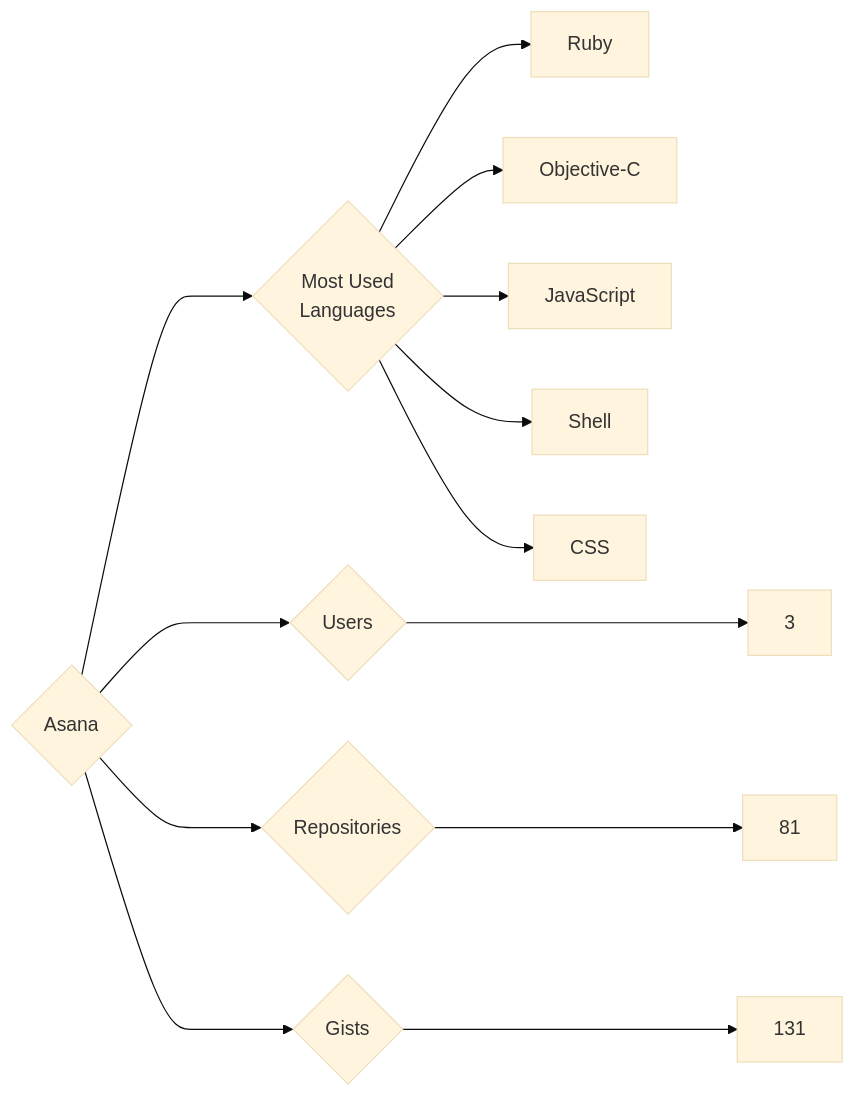
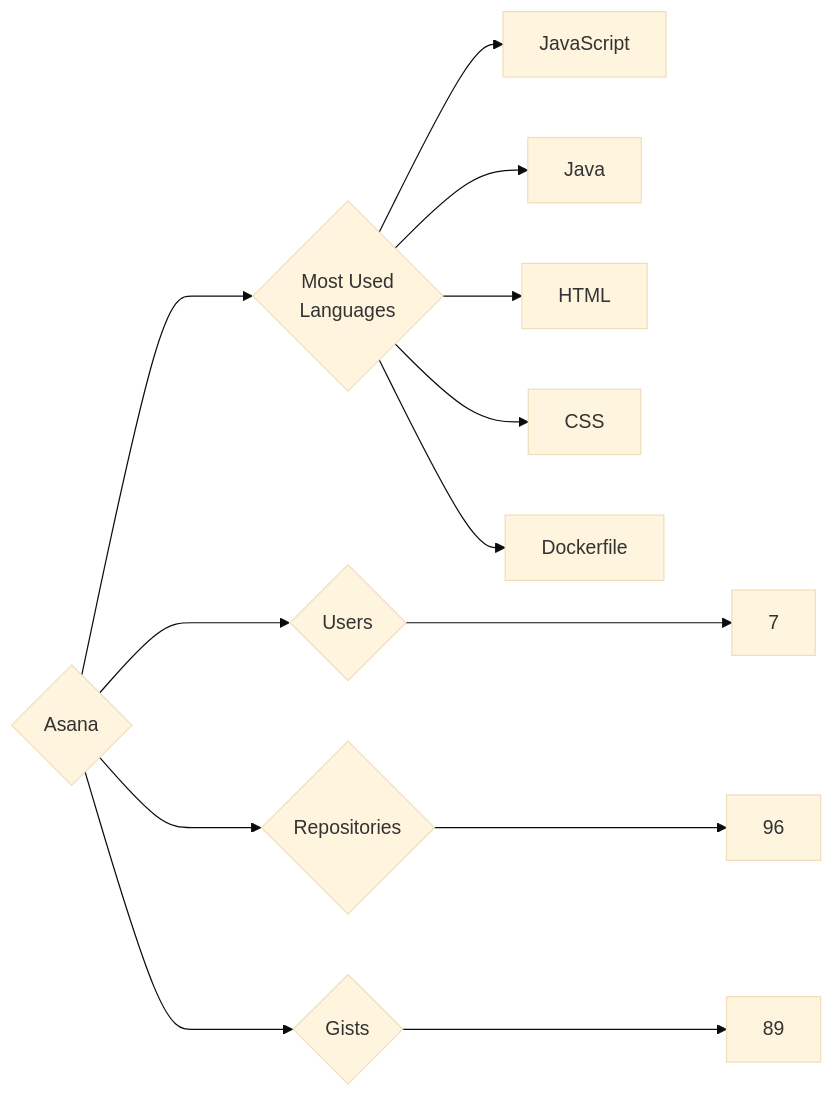
Before and after one commit to trickest/insiders: the diagram in targets/Asana/README.md, drawn with Mermaid (base theme). The commit also changed 1078 other files, not shown here.

````diff
--- a/targets/Asana/README.md
+++ b/targets/Asana/README.md
@@ -3,13 +3,13 @@
 ```mermaid
 graph LR
 COMPANY_NAME{Asana}
-COMPANY_NAME ---> U{Users} ---> UN[3]
-COMPANY_NAME ---> R{Repositories} ---> RN[81]
-COMPANY_NAME ---> G{Gists} ---> GN[131]
+COMPANY_NAME ---> U{Users} ---> UN[7]
+COMPANY_NAME ---> R{Repositories} ---> RN[96]
+COMPANY_NAME ---> G{Gists} ---> GN[89]
 COMPANY_NAME ---> ML{Most Used<br>Languages}
-ML --> Ruby[Ruby]
-ML --> Objective-C[Objective-C]
 ML --> JavaScript[JavaScript]
-ML --> Shell[Shell]
+ML --> Java[Java]
+ML --> HTML[HTML]
 ML --> CSS[CSS]
+ML --> Dockerfile[Dockerfile]
 ```
````
